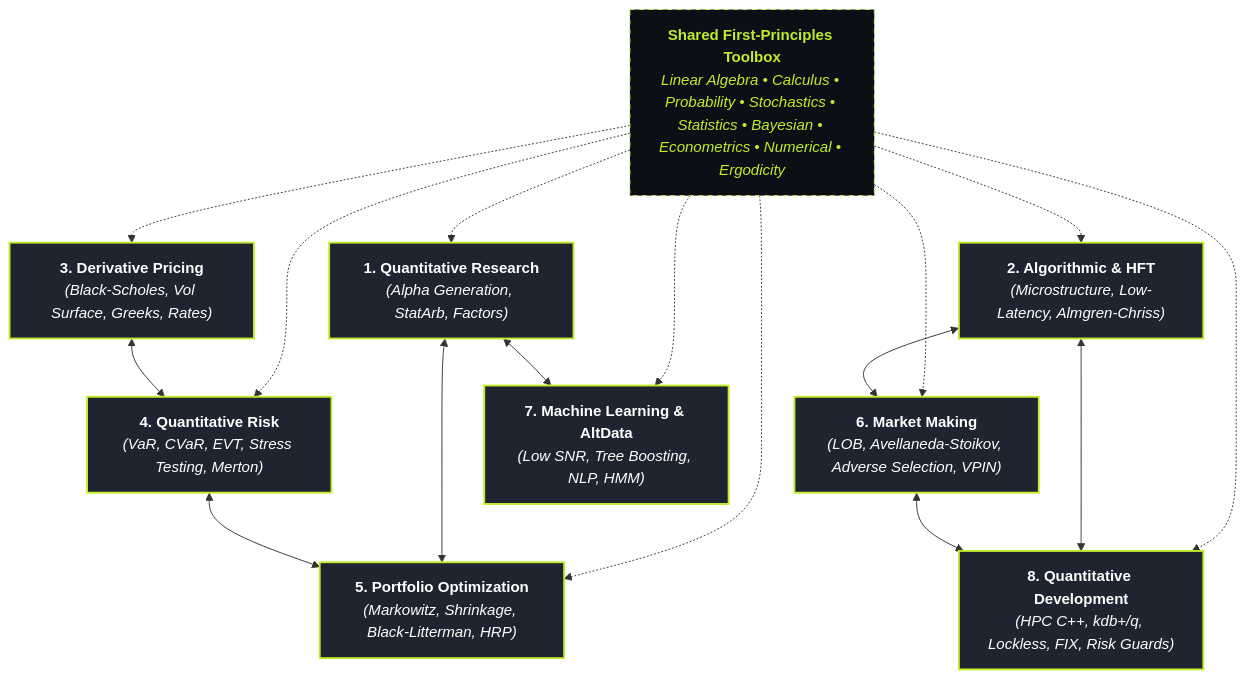
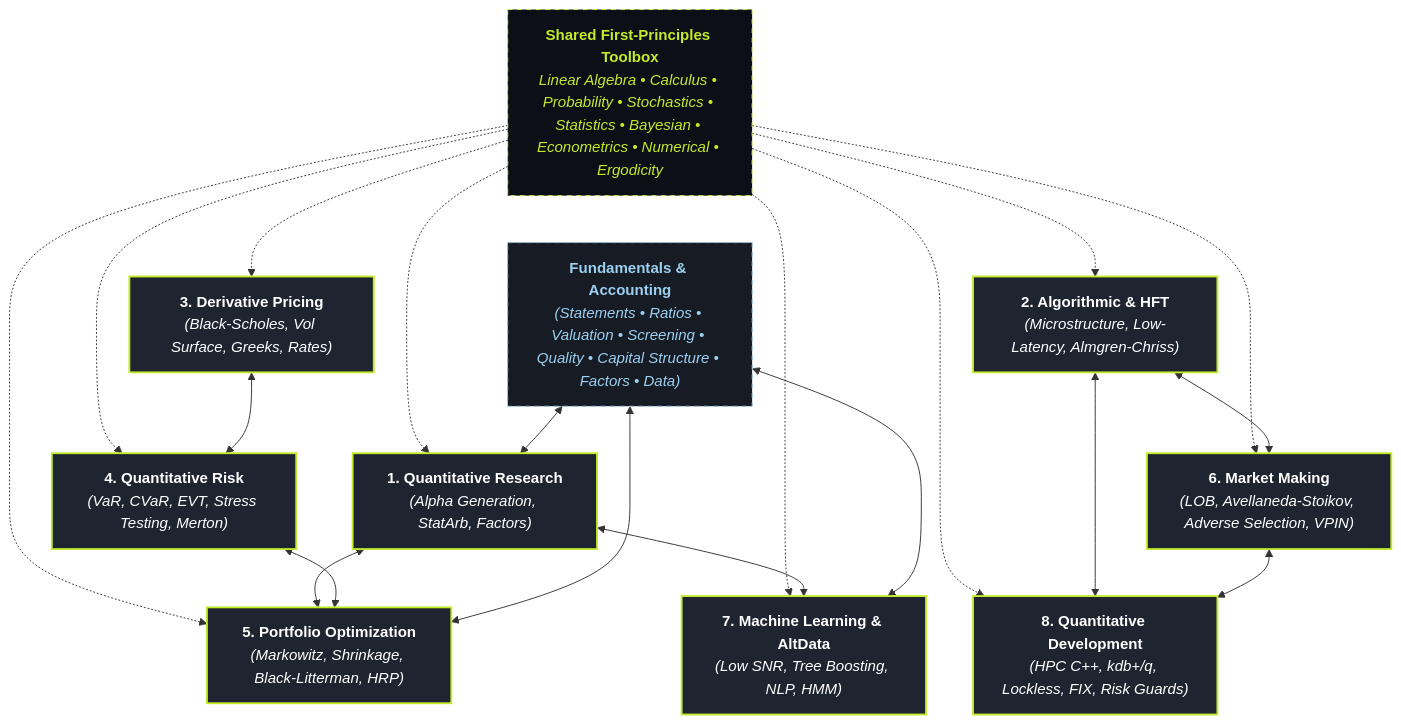
Before and after one commit to kwantklubben/kwant-atlas: the diagram in content/index.md, drawn with Mermaid. The commit also changed other lines of this file and 3 other files, not shown here.

First line of the commit message:
feat(fundamentals-accounting): lockstep pass - link area into the site

````diff
--- a/content/index.md
+++ b/content/index.md
@@ -22,35 +22,42 @@
 ```mermaid
 graph TD
     QR["<b>1. Quantitative Research</b><br/><i>(Alpha Generation, StatArb, Factors)</i>"]
     HFT["<b>2. Algorithmic & HFT</b><br/><i>(Microstructure, Low-Latency, Almgren-Chriss)</i>"]
     DP["<b>3. Derivative Pricing</b><br/><i>(Black-Scholes, Vol Surface, Greeks, Rates)</i>"]
     QRisk["<b>4. Quantitative Risk</b><br/><i>(VaR, CVaR, EVT, Stress Testing, Merton)</i>"]
     PO["<b>5. Portfolio Optimization</b><br/><i>(Markowitz, Shrinkage, Black-Litterman, HRP)</i>"]
     MM["<b>6. Market Making</b><br/><i>(LOB, Avellaneda-Stoikov, Adverse Selection, VPIN)</i>"]
     ML["<b>7. Machine Learning & AltData</b><br/><i>(Low SNR, Tree Boosting, NLP, HMM)</i>"]
     QD["<b>8. Quantitative Development</b><br/><i>(HPC C++, kdb+/q, Lockless, FIX, Risk Guards)</i>"]
 
     F["<b>Shared First-Principles Toolbox</b><br/><i>Linear Algebra • Calculus • Probability • Stochastics • Statistics • Bayesian • Econometrics • Numerical • Ergodicity</i>"]
+
+    FA["<b>Fundamentals & Accounting</b><br/><i>(Statements • Ratios • Valuation • Screening • Quality • Capital Structure • Factors • Data)</i>"]
 
     F -.-> QR
     F -.-> HFT
     F -.-> DP
     F -.-> QRisk
     F -.-> PO
     F -.-> MM
     F -.-> ML
     F -.-> QD
 
     QR <--> PO
     QR <--> ML
     HFT <--> MM
     HFT <--> QD
     DP <--> QRisk
     MM <--> QD
     QRisk <--> PO
+    FA <--> QR
+    FA <--> PO
+    FA <--> ML
 
     classDef pillar fill:#1E2530,stroke:#C2EB2B,stroke-width:2px,color:#FFFFFF;
     classDef foundation fill:#0C1016,stroke:#D5F25A,stroke-width:1px,stroke-dasharray: 5 5,color:#C2EB2B;
+    classDef crosscut fill:#161B24,stroke:#7FB3D5,stroke-width:1px,stroke-dasharray: 5 5,color:#9CD0F0;
     class QR,HFT,DP,QRisk,PO,MM,ML,QD pillar;
     class F foundation;
+    class FA crosscut;
 ```
````
